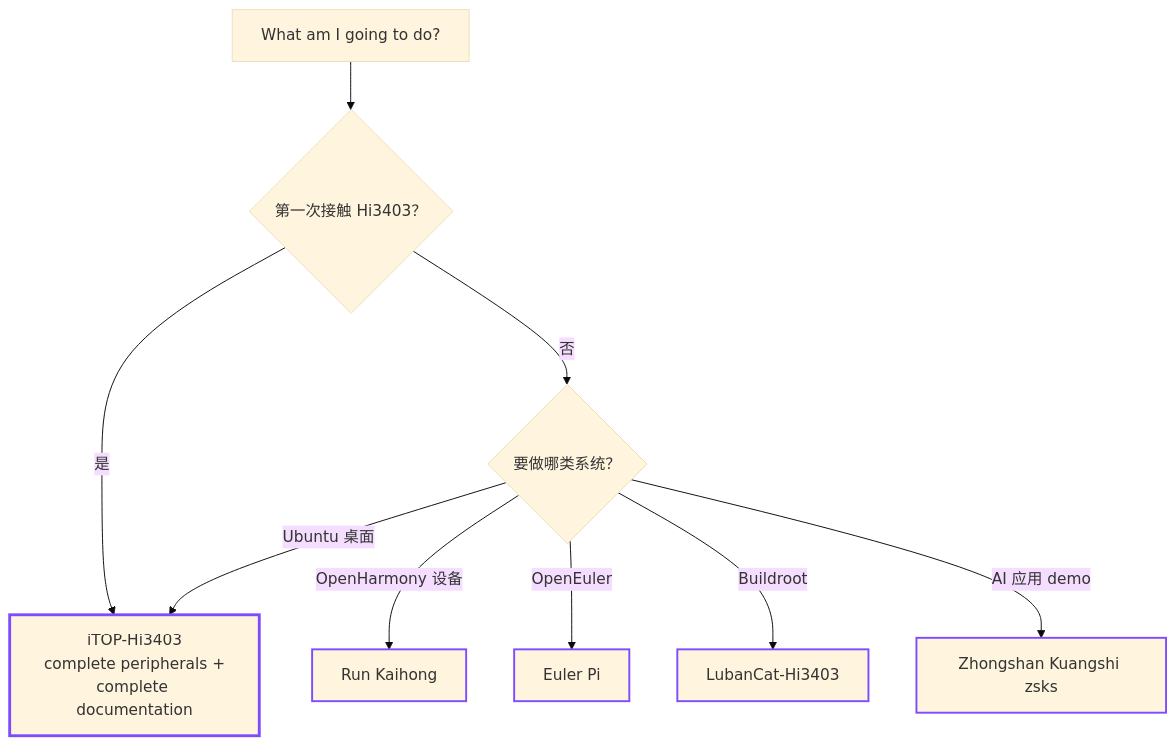
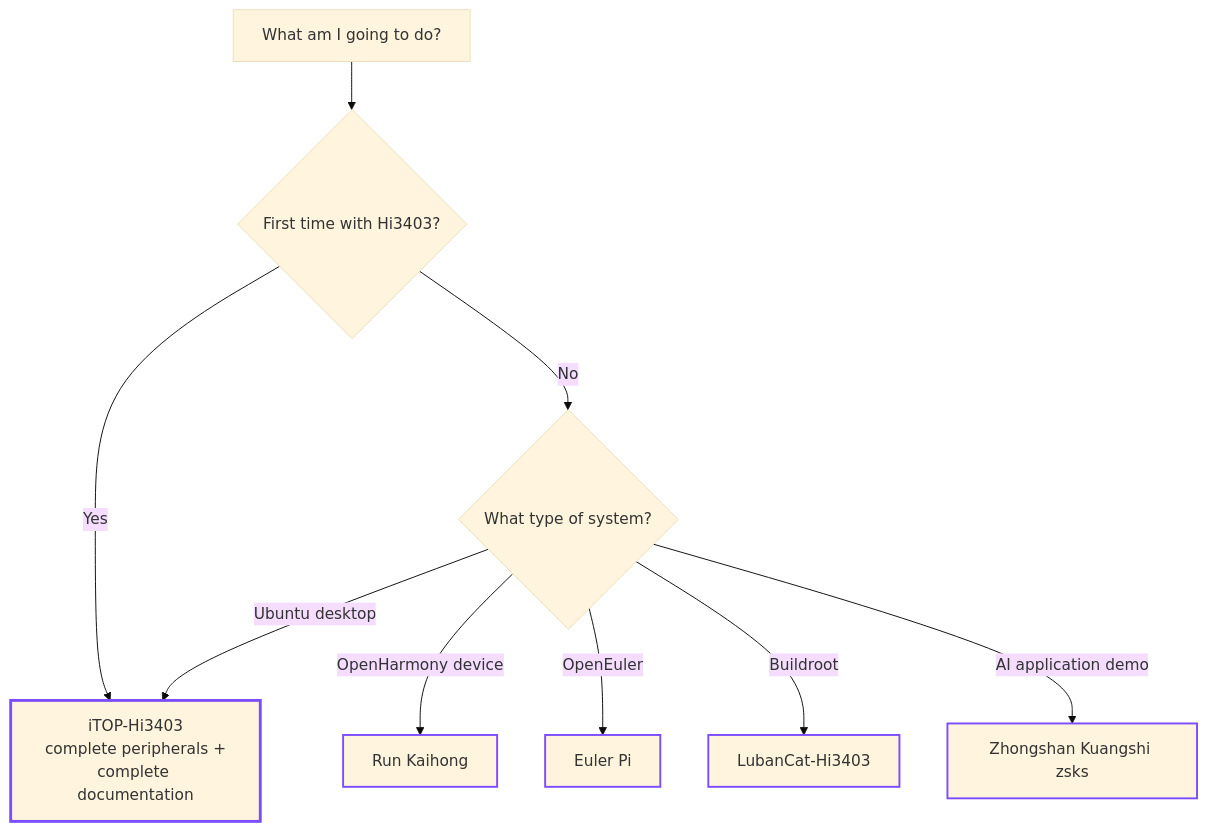
The diagram in docs/get-started/board-picker.en.md (GitBubble/hi3403-docs), drawn with Mermaid (base theme) before and after one commit. The commit also changed 585 other files, not shown here.

````diff
--- a/docs/get-started/board-picker.en.md
+++ b/docs/get-started/board-picker.en.md
@@ -31,17 +31,17 @@
 ```mermaid
 flowchart TD
-    Start[What am I going to do?] --> A{第一次接触 Hi3403？}
-    A -- 是 --> Topeet[iTOP-Hi3403<br> complete peripherals + complete documentation]
-    A -- 否 --> B{要做哪类系统？}
-    B -- OpenHarmony 设备 --> RKH[Run Kaihong]
+    Start[What am I going to do?] --> A{First time with Hi3403?}
+    A -- Yes --> Topeet[iTOP-Hi3403<br> complete peripherals + complete documentation]
+    A -- No --> B{What type of system?}
+    B -- OpenHarmony device --> RKH[Run Kaihong]
     B -- OpenEuler --> Ebaina[Euler Pi]
     B -- Buildroot --> LubanCat[LubanCat-Hi3403]
-    B -- AI 应用 demo --> ZSKS[Zhongshan Kuangshi zsks]
-    B -- Ubuntu 桌面 --> Topeet
+    B -- AI application demo --> ZSKS[Zhongshan Kuangshi zsks]
+    B -- Ubuntu desktop --> Topeet
 
     style Topeet stroke:#7c4dff,stroke-width:3px
     style LubanCat stroke:#7c4dff,stroke-width:2px
     style Ebaina stroke:#7c4dff,stroke-width:2px
     style RKH stroke:#7c4dff,stroke-width:2px
     style ZSKS stroke:#7c4dff,stroke-width:2px
 ```
````
